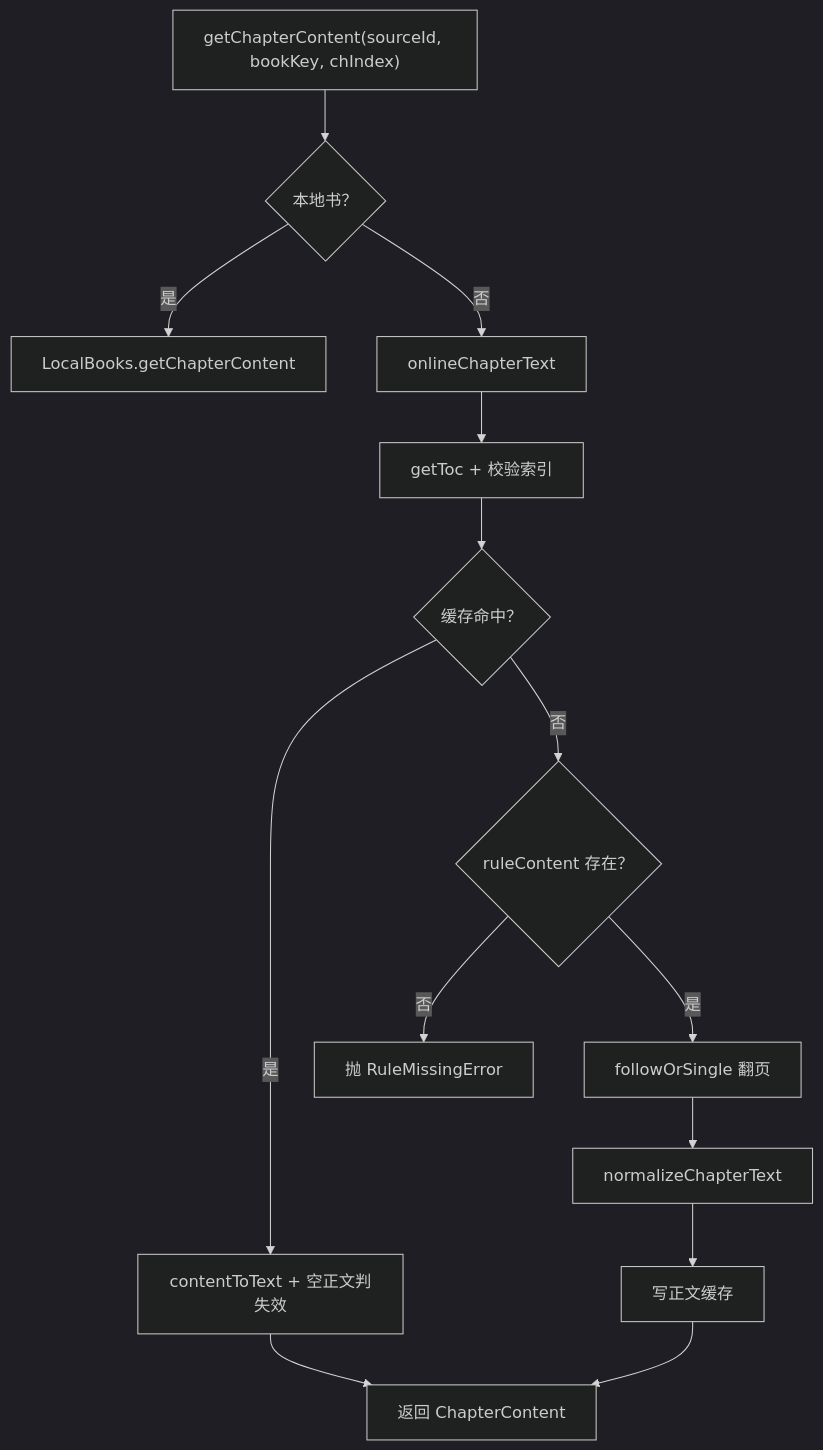
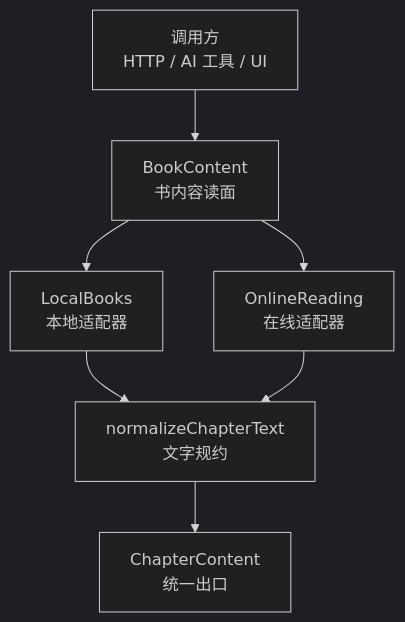
Before and after one commit to xrn1997/dsh-novel: the ninth of 12 diagrams in .qoder/repowiki/zh/content/核心模块详解/阅读服务门面.md, drawn with Mermaid (dark theme). The commit also changed other lines of this file and 30 other files, not shown here.

````diff
--- a/.qoder/repowiki/zh/content/核心模块详解/阅读服务门面.md
+++ b/.qoder/repowiki/zh/content/核心模块详解/阅读服务门面.md
@@ -499,16 +531,9 @@
 ```mermaid
-flowchart TD
-  Start["getChapterContent(sourceId, bookKey, chIndex)"] --> Local{"本地书？"}
-  Local -->|是| LocalRead["LocalBooks.getChapterContent"]
-  Local -->|否| Online["onlineChapterText"]
-  Online --> Toc["getToc + 校验索引"]
-  Toc --> CacheCheck{"缓存命中？"}
-  CacheCheck -->|是| Text["contentToText + 空正文判失效"]
-  CacheCheck -->|否| RuleCheck{"ruleContent 存在？"}
-  RuleCheck -->|否| Missing["抛 RuleMissingError"]
-  RuleCheck -->|是| Fetch["followOrSingle 翻页"]
-  Fetch --> Normalize["normalizeChapterText"]
-  Normalize --> Write["写正文缓存"]
-  Text --> Result["返回 ChapterContent"]
-  Write --> Result
+graph TB
+  Caller["调用方<br/>HTTP / AI 工具 / UI"] --> BC["BookContent<br/>书内容读面"]
+  BC --> Local["LocalBooks<br/>本地适配器"]
+  BC --> Online["OnlineReading<br/>在线适配器"]
+  Local --> Normalize["normalizeChapterText<br/>文字规约"]
+  Online --> Normalize
+  Normalize --> Result["ChapterContent<br/>统一出口"]
 ```
````
